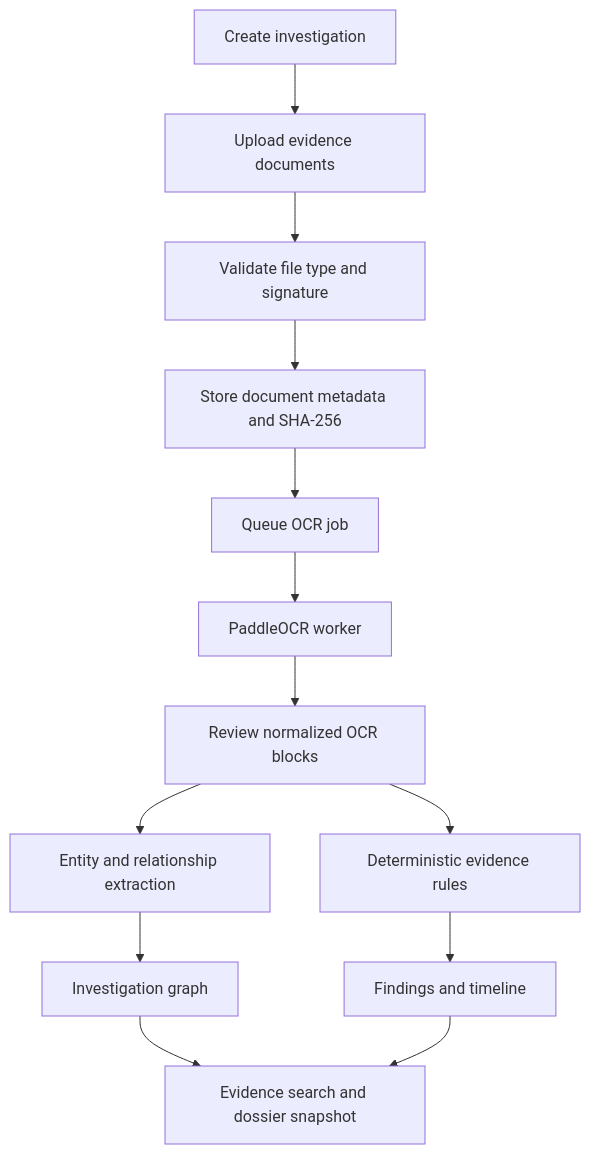
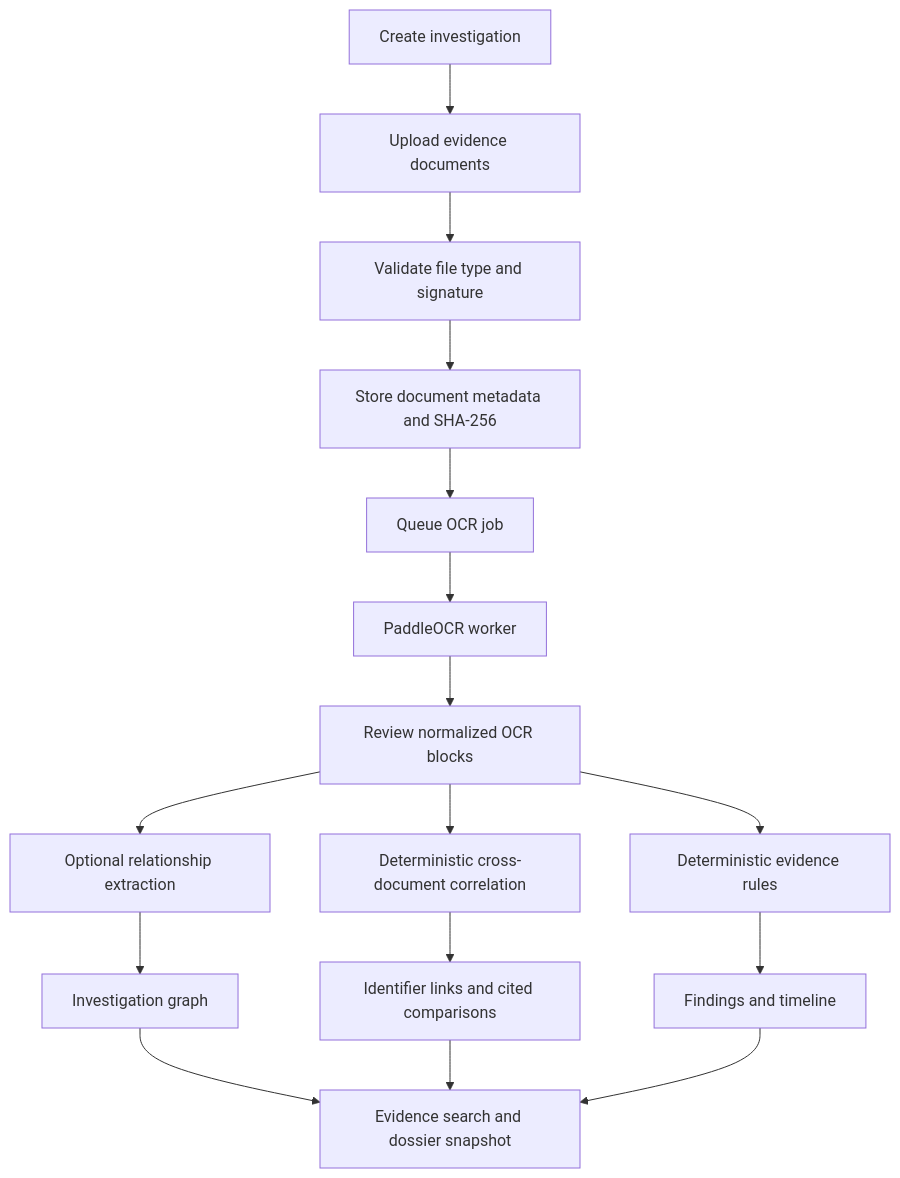
One commit to ThePranish03/AI-Powered-Document-Forensics-and-Contextual-Intelligence-System changed the diagram in README.md. Above: the diagram before and after it, drawn with Mermaid. The commit also changed other lines of this file and 16 other files, not shown here.

Commit message:
feat: add evidence-backed cross-document correlation

````diff
--- a/README.md
+++ b/README.md
@@ -37,15 +38,18 @@
 ```mermaid
 flowchart TD
     A[Create investigation] --> B[Upload evidence documents]
     B --> C[Validate file type and signature]
     C --> D[Store document metadata and SHA-256]
     D --> E[Queue OCR job]
     E --> F[PaddleOCR worker]
     F --> G[Review normalized OCR blocks]
-    G --> H[Entity and relationship extraction]
-    G --> I[Deterministic evidence rules]
-    H --> J[Investigation graph]
-    I --> K[Findings and timeline]
-    J --> L[Evidence search and dossier snapshot]
-    K --> L
+    G --> H[Optional relationship extraction]
+    G --> I[Deterministic cross-document correlation]
+    G --> J[Deterministic evidence rules]
+    H --> K[Investigation graph]
+    I --> L[Identifier links and cited comparisons]
+    J --> M[Findings and timeline]
+    K --> N[Evidence search and dossier snapshot]
+    L --> N
+    M --> N
 ```
````
